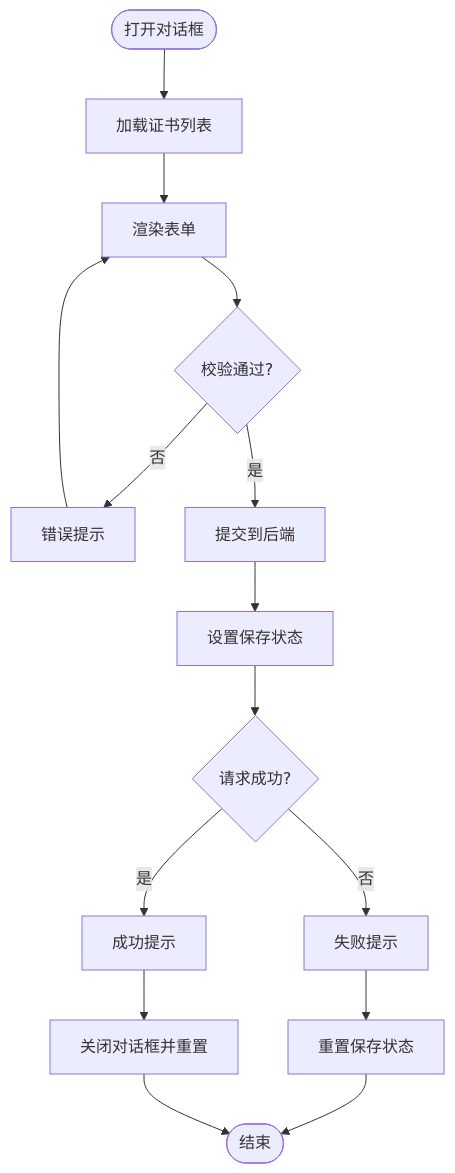
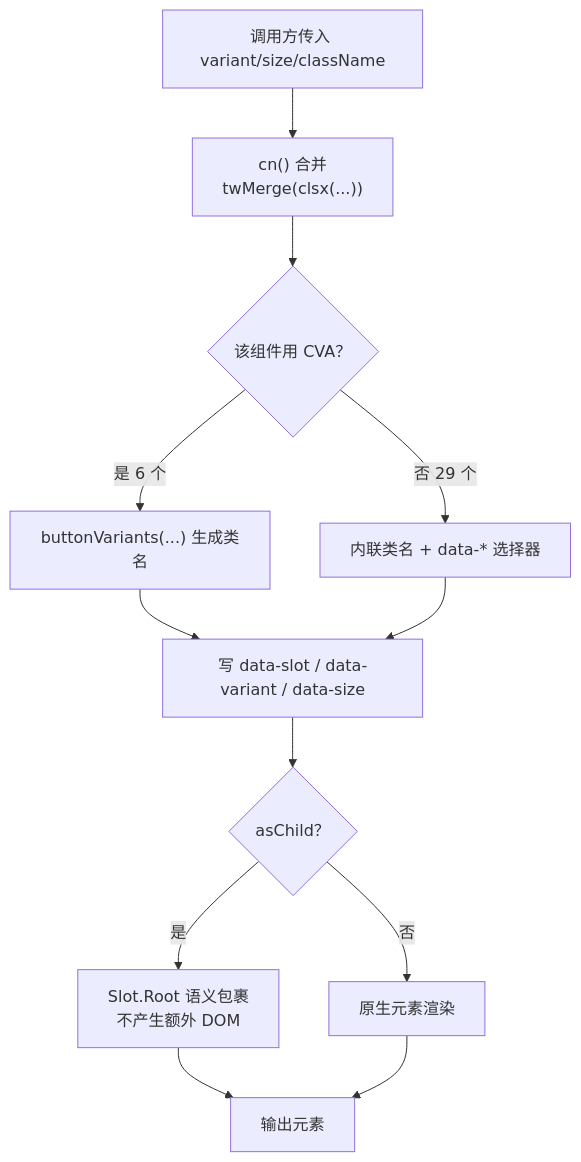
One commit to x01n/My-OpenWaf changed the third of 6 diagrams in docs/前端管理界面/组件设计模式/组件设计模式.md. Above: the diagram before and after it, drawn with Mermaid. The commit also changed other lines of this file and 622 other files, not shown here.

````diff
--- a/docs/前端管理界面/组件设计模式/组件设计模式.md
+++ b/docs/前端管理界面/组件设计模式/组件设计模式.md
@@ -366,17 +332,14 @@
 ```mermaid
 flowchart TD
-Start(["打开对话框"]) --> LoadCerts["加载证书列表"]
-LoadCerts --> RenderForm["渲染表单"]
-RenderForm --> Validate{"校验通过?"}
-Validate --> |否| ToastErr["错误提示"]
-ToastErr --> RenderForm
-Validate --> |是| Submit["提交到后端"]
-Submit --> SaveState["设置保存状态"]
-SaveState --> Resp{"请求成功?"}
-Resp --> |否| ToastFail["失败提示"]
-ToastFail --> Reset["重置保存状态"]
-Resp --> |是| ToastOk["成功提示"]
-ToastOk --> Close["关闭对话框并重置"]
-Reset --> End(["结束"])
-Close --> End
+  IN["调用方传入 variant/size/className"] --> CN["cn() 合并<br/>twMerge(clsx(...))"]
+  CN --> CVA{"该组件用 CVA？"}
+  CVA --> |是 6 个| GEN["buttonVariants(...) 生成类名"]
+  CVA --> |否 29 个| INLINE["内联类名 + data-* 选择器"]
+  GEN --> SLOT["写 data-slot / data-variant / data-size"]
+  INLINE --> SLOT
+  SLOT --> AS{"asChild？"}
+  AS --> |是| SL["Slot.Root 语义包裹<br/>不产生额外 DOM"]
+  AS --> |否| EL["原生元素渲染"]
+  SL --> OUT["输出元素"]
+  EL --> OUT
 ```
````
